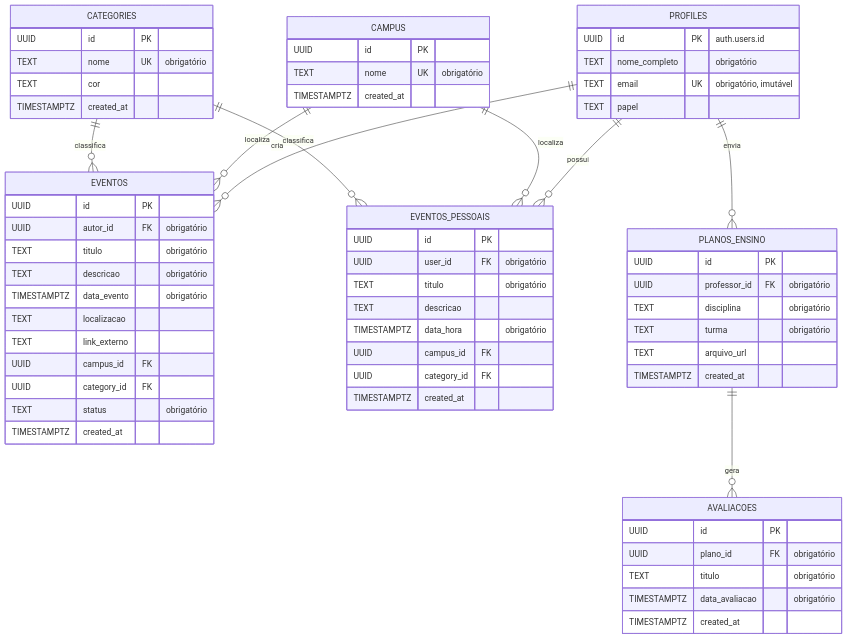
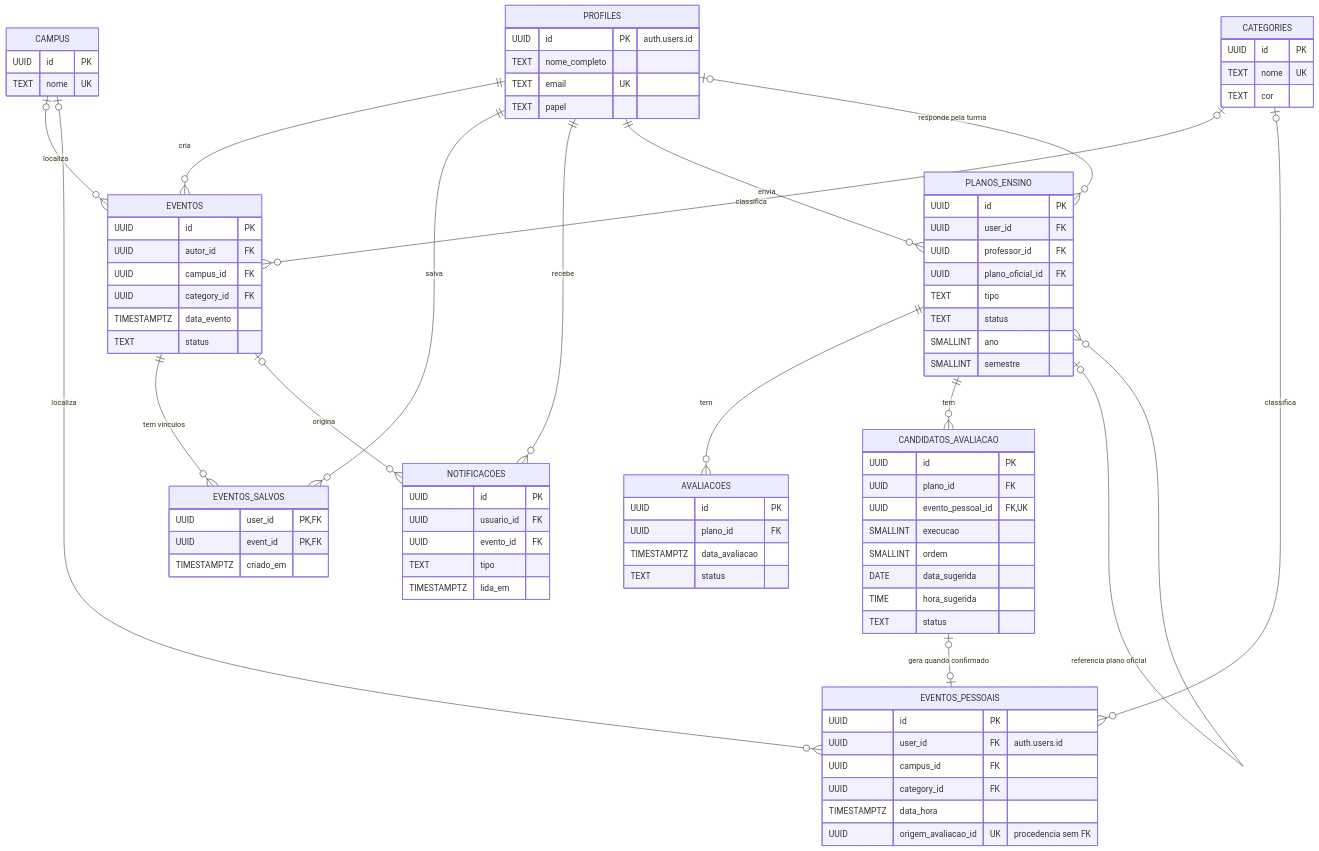
The diagram in docs/arquitetura/modelo-de-dados.md (unb-mds/2026-2-AgendaUnB), drawn with Mermaid before and after one commit. The commit also changed other lines of this file and 61 other files, not shown here.

````diff
--- a/docs/arquitetura/modelo-de-dados.md
+++ b/docs/arquitetura/modelo-de-dados.md
@@ -17,75 +11,96 @@
 erDiagram
     PROFILES {
         UUID id PK "auth.users.id"
-        TEXT nome_completo "obrigatório"
-        TEXT email UK "obrigatório, imutável"
+        TEXT nome_completo
+        TEXT email UK
         TEXT papel
     }
 
     CAMPUS {
         UUID id PK
-        TEXT nome UK "obrigatório"
-        TIMESTAMPTZ created_at
+        TEXT nome UK
     }
 
     CATEGORIES {
         UUID id PK
-        TEXT nome UK "obrigatório"
+        TEXT nome UK
         TEXT cor
-        TIMESTAMPTZ created_at
     }
 
     EVENTOS {
         UUID id PK
-        UUID autor_id FK "obrigatório"
-        TEXT titulo "obrigatório"
-        TEXT descricao "obrigatório"
-        TIMESTAMPTZ data_evento "obrigatório"
-        TEXT localizacao
-        TEXT link_externo
+        UUID autor_id FK
         UUID campus_id FK
         UUID category_id FK
-        TEXT status "obrigatório"
-        TIMESTAMPTZ created_at
+        TIMESTAMPTZ data_evento
+        TEXT status
     }
 
     EVENTOS_PESSOAIS {
         UUID id PK
-        UUID user_id FK "obrigatório"
-        TEXT titulo "obrigatório"
-        TEXT descricao
-        TIMESTAMPTZ data_hora "obrigatório"
+        UUID user_id FK "auth.users.id"
         UUID campus_id FK
         UUID category_id FK
-        TIMESTAMPTZ created_at
+        TIMESTAMPTZ data_hora
+        UUID origem_avaliacao_id UK "procedencia sem FK"
+    }
+
+    EVENTOS_SALVOS {
+        UUID user_id PK,FK
+        UUID event_id PK,FK
+        TIMESTAMPTZ criado_em
+    }
+
+    NOTIFICACOES {
+        UUID id PK
+        UUID usuario_id FK
+        UUID evento_id FK
+        TEXT tipo
+        TIMESTAMPTZ lida_em
     }
 
     PLANOS_ENSINO {
         UUID id PK
-        UUID professor_id FK "obrigatório"
-        TEXT disciplina "obrigatório"
-        TEXT turma "obrigatório"
-        TEXT arquivo_url
-        TIMESTAMPTZ created_at
+        UUID user_id FK
+        UUID professor_id FK
+        UUID plano_oficial_id FK
+        TEXT tipo
+        TEXT status
+        SMALLINT ano
+        SMALLINT semestre
     }
 
     AVALIACOES {
         UUID id PK
-        UUID plano_id FK "obrigatório"
-        TEXT titulo "obrigatório"
-        TIMESTAMPTZ data_avaliacao "obrigatório"
-        TIMESTAMPTZ created_at
+        UUID plano_id FK
+        TIMESTAMPTZ data_avaliacao
+        TEXT status
+    }
+
+    CANDIDATOS_AVALIACAO {
+        UUID id PK
+        UUID plano_id FK
+        UUID evento_pessoal_id FK,UK
+        SMALLINT execucao
+        SMALLINT ordem
+        DATE data_sugerida
+        TIME hora_sugerida
+        TEXT status
     }
 
     PROFILES ||--o{ EVENTOS : "cria"
-    PROFILES ||--o{ EVENTOS_PESSOAIS : "possui"
+    PROFILES ||--o{ EVENTOS_SALVOS : "salva"
+    PROFILES ||--o{ NOTIFICACOES : "recebe"
     PROFILES ||--o{ PLANOS_ENSINO : "envia"
-
-    CAMPUS ||--o{ EVENTOS : "localiza"
-    CAMPUS ||--o{ EVENTOS_PESSOAIS : "localiza"
-
-    CATEGORIES ||--o{ EVENTOS : "classifica"
-    CATEGORIES ||--o{ EVENTOS_PESSOAIS : "classifica"
-
-    PLANOS_ENSINO ||--o{ AVALIACOES : "gera"
+    PROFILES o|--o{ PLANOS_ENSINO : "responde pela turma"
+    CAMPUS o|--o{ EVENTOS : "localiza"
+    CAMPUS o|--o{ EVENTOS_PESSOAIS : "localiza"
+    CATEGORIES o|--o{ EVENTOS : "classifica"
+    CATEGORIES o|--o{ EVENTOS_PESSOAIS : "classifica"
+    EVENTOS ||--o{ EVENTOS_SALVOS : "tem vinculos"
+    EVENTOS o|--o{ NOTIFICACOES : "origina"
+    PLANOS_ENSINO ||--o{ AVALIACOES : "tem"
+    PLANOS_ENSINO ||--o{ CANDIDATOS_AVALIACAO : "tem"
+    PLANOS_ENSINO o|--o{ PLANOS_ENSINO : "referencia plano oficial"
+    CANDIDATOS_AVALIACAO o|--o| EVENTOS_PESSOAIS : "gera quando confirmado"
 ```
````
